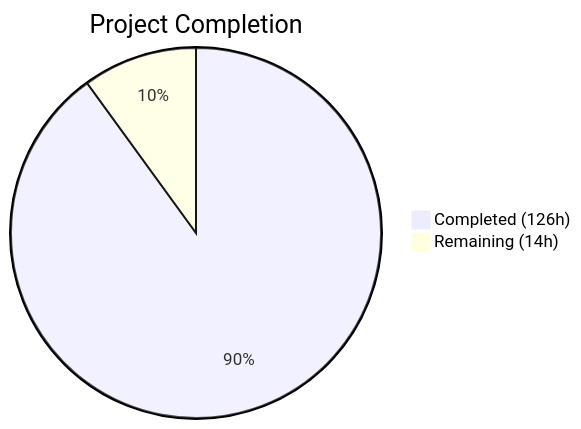
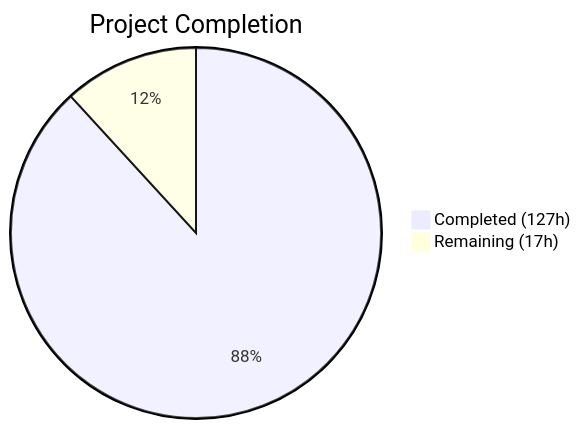
Before and after one commit to Blitzy-Sandbox/blitzy-formbricks: the first of 2 diagrams in blitzy/documentation/Project Guide.md, drawn with Mermaid. The commit also changed other lines of this file, not shown here.

Commit message:
Adding Blitzy Project Guide: Project Status and Human Tasks Remaining

````diff
--- a/blitzy/documentation/Project Guide.md
+++ b/blitzy/documentation/Project Guide.md
@@ -13,5 +13,5 @@
 ```mermaid
 pie title Project Completion
-    "Completed (126h)" : 126
-    "Remaining (14h)" : 14
+    "Completed (127h)" : 127
+    "Remaining (17h)" : 17
 ```
````
